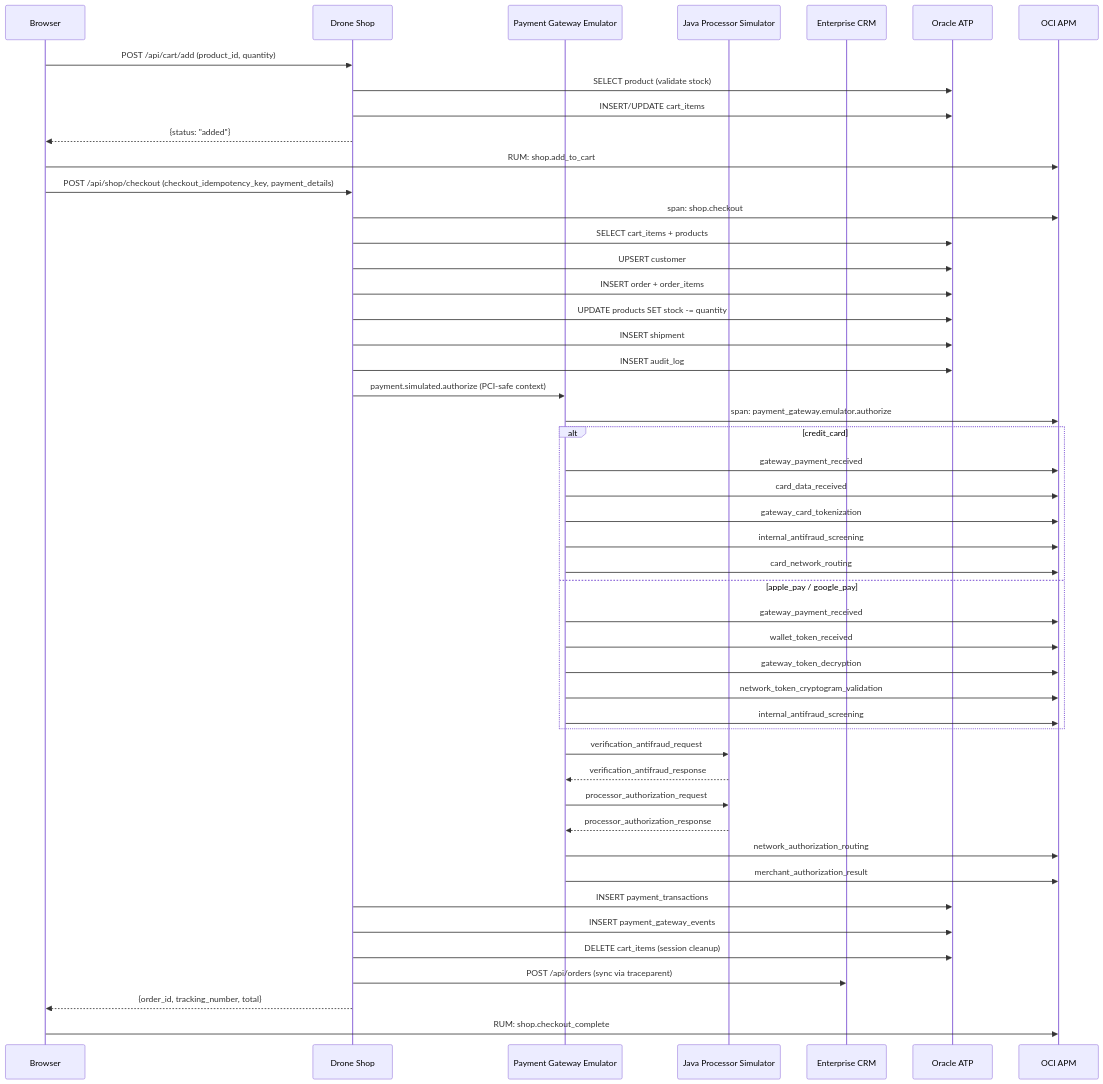
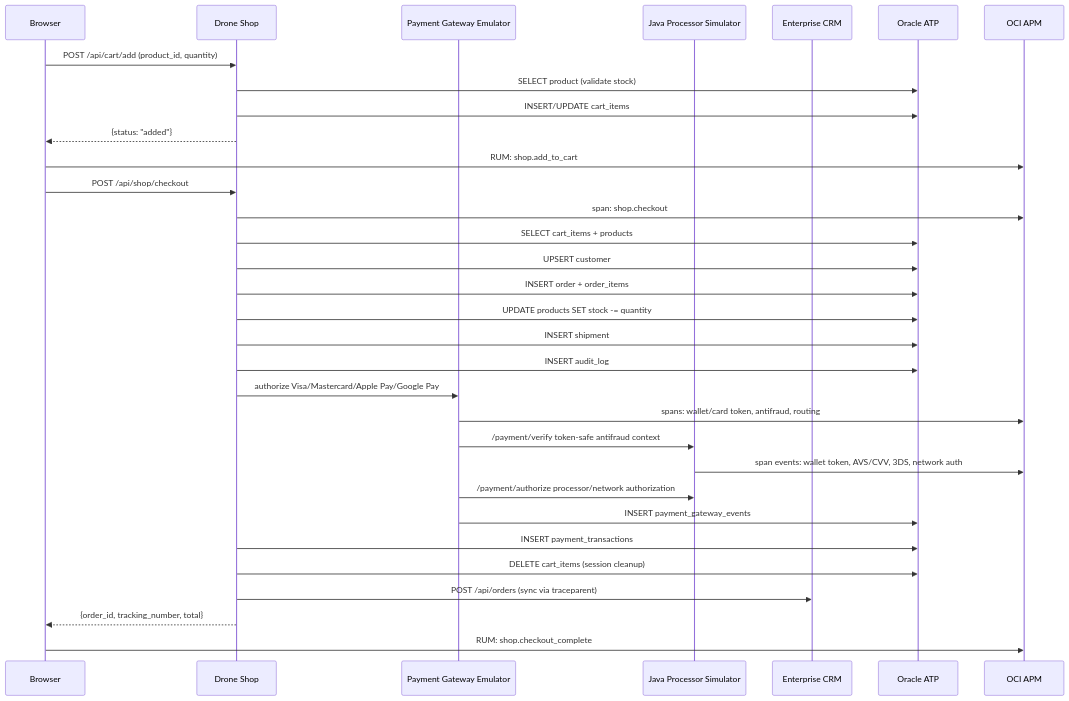
One commit to adibirzu/octo-apm-demo changed the diagram in site/drone-shop/checkout.md. Above: the diagram before and after it, drawn with Mermaid. The commit also changed other lines of this file and 455 other files, not shown here.

````diff
--- a/site/drone-shop/checkout.md
+++ b/site/drone-shop/checkout.md
@@ -9,52 +7,36 @@
 ```mermaid
 sequenceDiagram
     participant Browser
     participant Shop as Drone Shop
     participant PGW as Payment Gateway Emulator
     participant Java as Java Processor Simulator
     participant CRM as Enterprise CRM
     participant ATP as Oracle ATP
     participant APM as OCI APM
 
     Browser->>Shop: POST /api/cart/add (product_id, quantity)
     Shop->>ATP: SELECT product (validate stock)
     Shop->>ATP: INSERT/UPDATE cart_items
     Shop-->>Browser: {status: "added"}
     Browser->>APM: RUM: shop.add_to_cart
 
-    Browser->>Shop: POST /api/shop/checkout (checkout_idempotency_key, payment_details)
+    Browser->>Shop: POST /api/shop/checkout
     Shop->>APM: span: shop.checkout
     Shop->>ATP: SELECT cart_items + products
     Shop->>ATP: UPSERT customer
     Shop->>ATP: INSERT order + order_items
     Shop->>ATP: UPDATE products SET stock -= quantity
     Shop->>ATP: INSERT shipment
     Shop->>ATP: INSERT audit_log
-    Shop->>PGW: payment.simulated.authorize (PCI-safe context)
-    PGW->>APM: span: payment_gateway.emulator.authorize
-    alt credit_card
-        PGW->>APM: gateway_payment_received
-        PGW->>APM: card_data_received
-        PGW->>APM: gateway_card_tokenization
-        PGW->>APM: internal_antifraud_screening
-        PGW->>APM: card_network_routing
-    else apple_pay / google_pay
-        PGW->>APM: gateway_payment_received
-        PGW->>APM: wallet_token_received
-        PGW->>APM: gateway_token_decryption
-        PGW->>APM: network_token_cryptogram_validation
-        PGW->>APM: internal_antifraud_screening
-    end
-    PGW->>Java: verification_antifraud_request
-    Java-->>PGW: verification_antifraud_response
-    PGW->>Java: processor_authorization_request
-    Java-->>PGW: processor_authorization_response
-    PGW->>APM: network_authorization_routing
-    PGW->>APM: merchant_authorization_result
+    Shop->>PGW: authorize Visa/Mastercard/Apple Pay/Google Pay
+    PGW->>APM: spans: wallet/card token, antifraud, routing
+    PGW->>Java: /payment/verify token-safe antifraud context
+    Java->>APM: span events: wallet token, AVS/CVV, 3DS, network auth
+    PGW->>Java: /payment/authorize processor/network authorization
+    PGW->>ATP: INSERT payment_gateway_events
     Shop->>ATP: INSERT payment_transactions
-    Shop->>ATP: INSERT payment_gateway_events
     Shop->>ATP: DELETE cart_items (session cleanup)
     Shop->>CRM: POST /api/orders (sync via traceparent)
     Shop-->>Browser: {order_id, tracking_number, total}
     Browser->>APM: RUM: shop.checkout_complete
 ```
````
